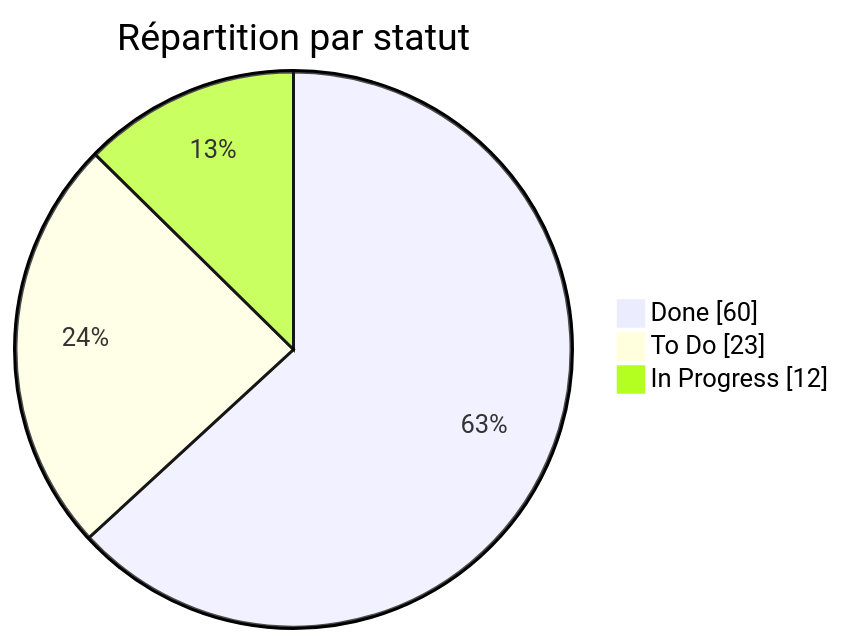
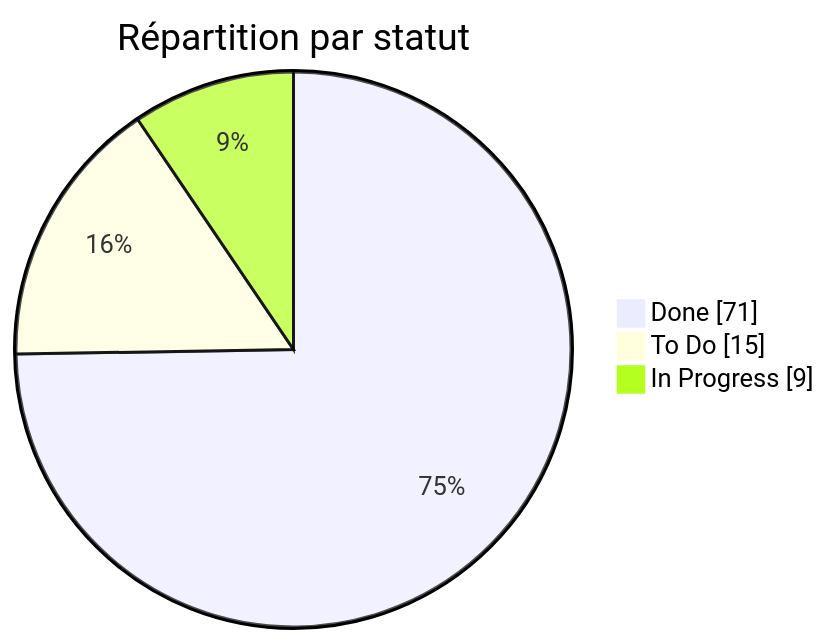
Before and after one commit to Groupe30Apocalipssi/IPSSI_APOCAL_KIT: the diagram in docs/ADO_gestion de projet/board_export.md, drawn with Mermaid. The commit also changed other lines of this file and 45 other files, not shown here.

````diff
--- a/docs/ADO_gestion de projet/board_export.md
+++ b/docs/ADO_gestion de projet/board_export.md
@@ -22,7 +22,7 @@
 ```mermaid
 pie showData
     title Répartition par statut
-    "Done" : 60
-    "To Do" : 23
-    "In Progress" : 12
+    "Done" : 71
+    "To Do" : 15
+    "In Progress" : 9
 ```
````
